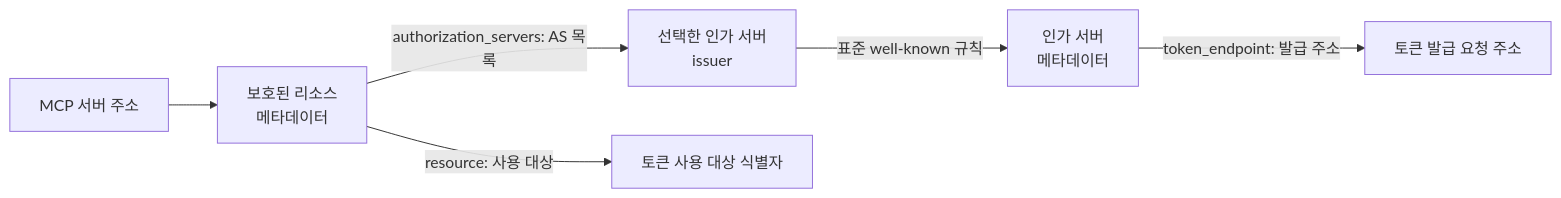
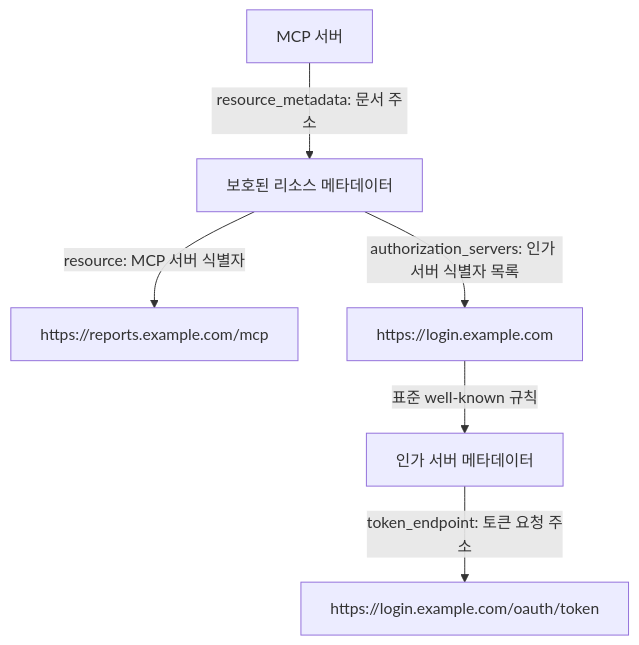
One commit to chahoseong/mcp-for-beginners changed the third of 4 diagrams in notes/oauth2/mcp-oauth2-flow.md. Above: the diagram before and after it, drawn with Mermaid. The commit also changed other lines of this file and 3 other files, not shown here.

Commit message:
Refactor MCP OAuth2 flow documentation: streamline sections, clarify roles, and enhance flow descriptions

````diff
--- a/notes/oauth2/mcp-oauth2-flow.md
+++ b/notes/oauth2/mcp-oauth2-flow.md
@@ -190,8 +95,8 @@
 ```mermaid
-flowchart LR
-    M["MCP 서버 주소"] --> P["보호된 리소스<br/>메타데이터"]
-    P -->|authorization_servers: AS 목록| I["선택한 인가 서버<br/>issuer"]
-    I -->|표준 well-known 규칙| A["인가 서버<br/>메타데이터"]
-    A -->|token_endpoint: 발급 주소| T["토큰 발급 요청 주소"]
-    P -->|resource: 사용 대상| R["토큰 사용 대상 식별자"]
+flowchart TB
+    M["MCP 서버"] -->|resource_metadata: 문서 주소| P["보호된 리소스 메타데이터"]
+    P -->|resource: MCP 서버 식별자| R["https://reports.example.com/mcp"]
+    P -->|authorization_servers: 인가 서버 식별자 목록| I["https://login.example.com"]
+    I -->|표준 well-known 규칙| A["인가 서버 메타데이터"]
+    A -->|token_endpoint: 토큰 요청 주소| T["https://login.example.com/oauth/token"]
 ```
````
